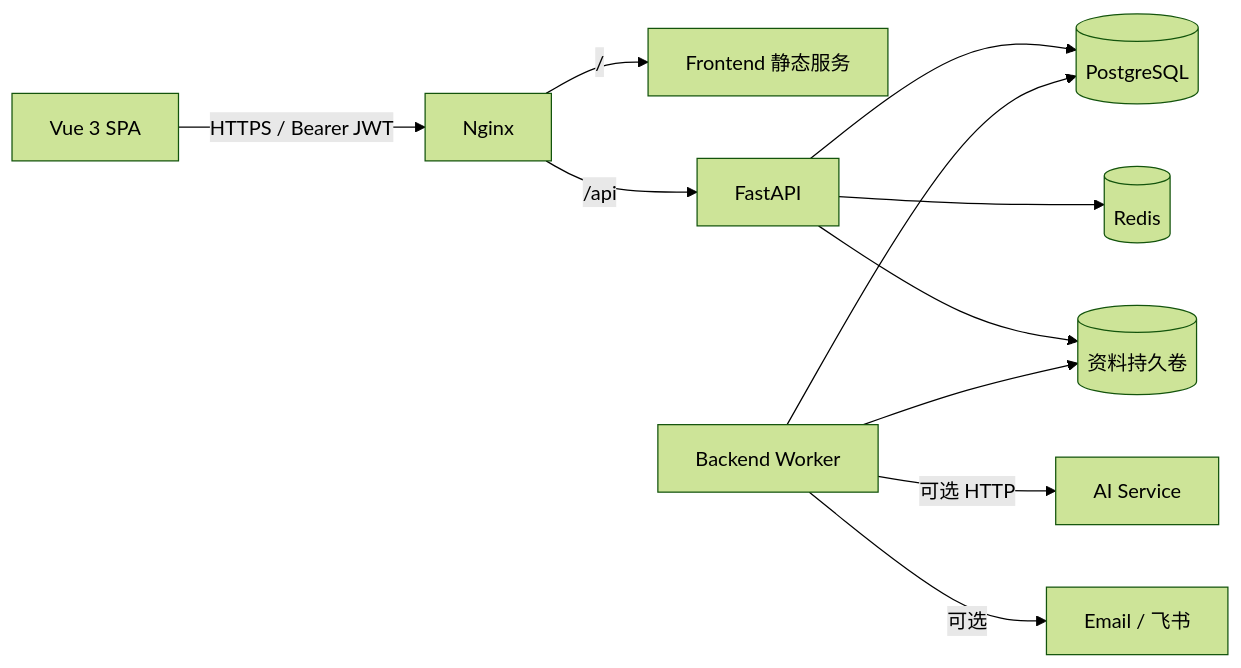
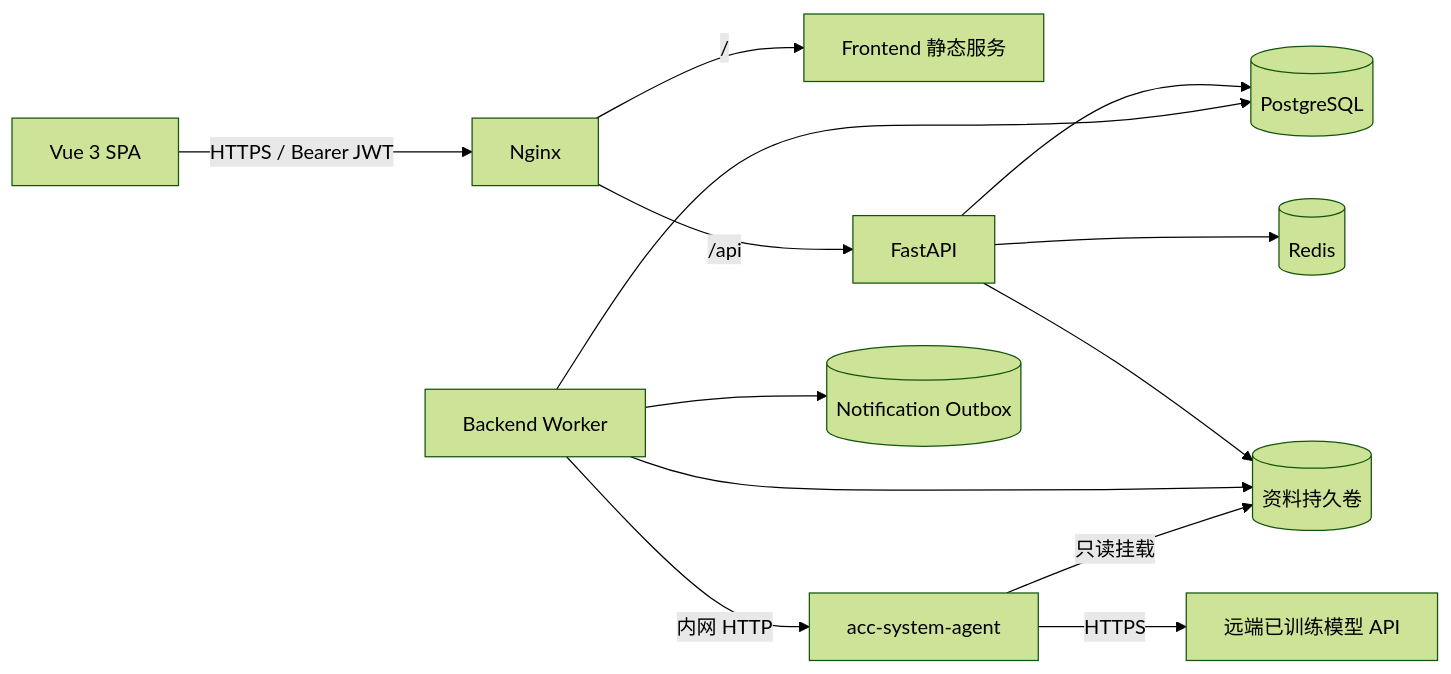
The first of 2 diagrams in README_系统架构设计.md (multi-mind-nus/acc-system-docs), drawn with Mermaid (forest theme) before and after one commit. The commit also changed other lines of this file and 4 other files, not shown here.

````diff
--- a/README_系统架构设计.md
+++ b/README_系统架构设计.md
@@ -32,13 +32,15 @@
 ```mermaid
 flowchart LR
     Browser[Vue 3 SPA] -->|HTTPS / Bearer JWT| Nginx[Nginx]
     Nginx -->|/| Frontend[Frontend 静态服务]
     Nginx -->|/api| API[FastAPI]
     API --> PG[(PostgreSQL)]
     API --> Redis[(Redis)]
     API --> Files[(资料持久卷)]
     Worker[Backend Worker] --> PG
     Worker --> Files
-    Worker -->|可选 HTTP| AI[AI Service]
-    Worker -->|可选| Notify[Email / 飞书]
+    Worker -->|内网 HTTP| Agent[acc-system-agent]
+    Agent -->|只读挂载| Files
+    Agent -->|HTTPS| Model[远端已训练模型 API]
+    Worker --> Outbox[(Notification Outbox)]
 ```
````
